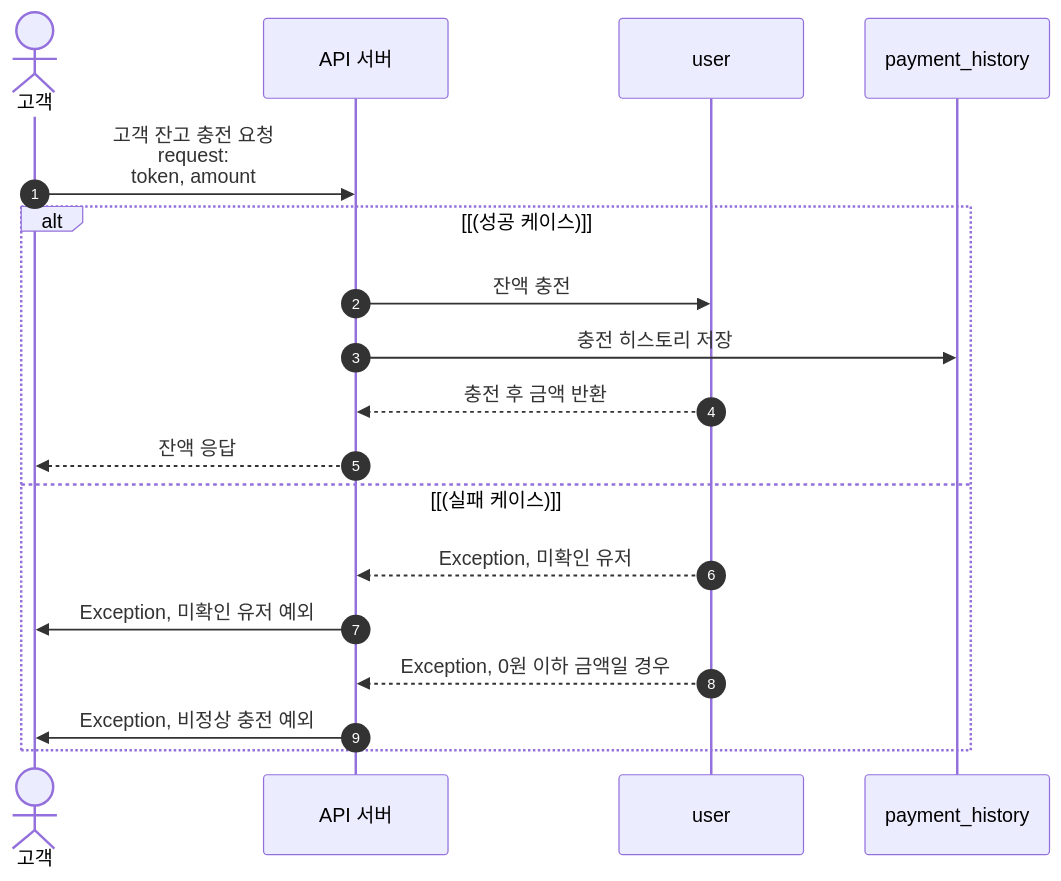
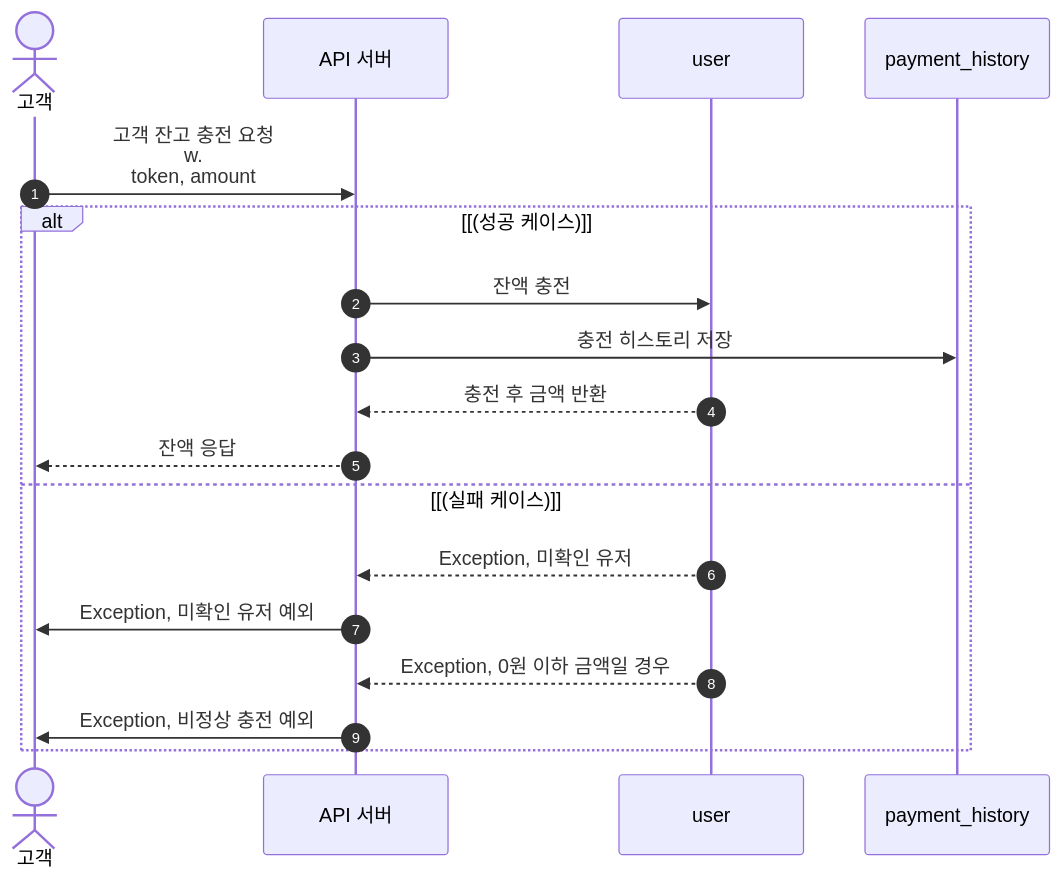
The eighth of 9 diagrams in docs/SEQUENCE.md (hwivelop/concert-reservation), drawn with Mermaid before and after one commit. The commit also changed other lines of this file and 3 other files, not shown here.

````diff
--- a/docs/SEQUENCE.md
+++ b/docs/SEQUENCE.md
@@ -154,24 +283,24 @@
 ```mermaid
 sequenceDiagram
     autonumber
     autonumber
 %%  선언부
     actor member as 고객
     participant api as API 서버
     participant user as user
     participant payment as payment_history
 %%  구현부
-    member ->> api: 고객 잔고 충전 요청<br>request:<br>token, amount
+    member ->> api: 고객 잔고 충전 요청<br>w.<br>token, amount
 
     alt [(성공 케이스)]
         api ->> user: 잔액 충전
         api ->> payment: 충전 히스토리 저장
         user -->> api: 충전 후 금액 반환
         api -->> member: 잔액 응답
     else [(실패 케이스)]
         user -->> api: Exception, 미확인 유저
         api ->> member: Exception, 미확인 유저 예외
         user -->> api: Exception, 0원 이하 금액일 경우
         api ->> member: Exception, 비정상 충전 예외
     end
 ```
````
